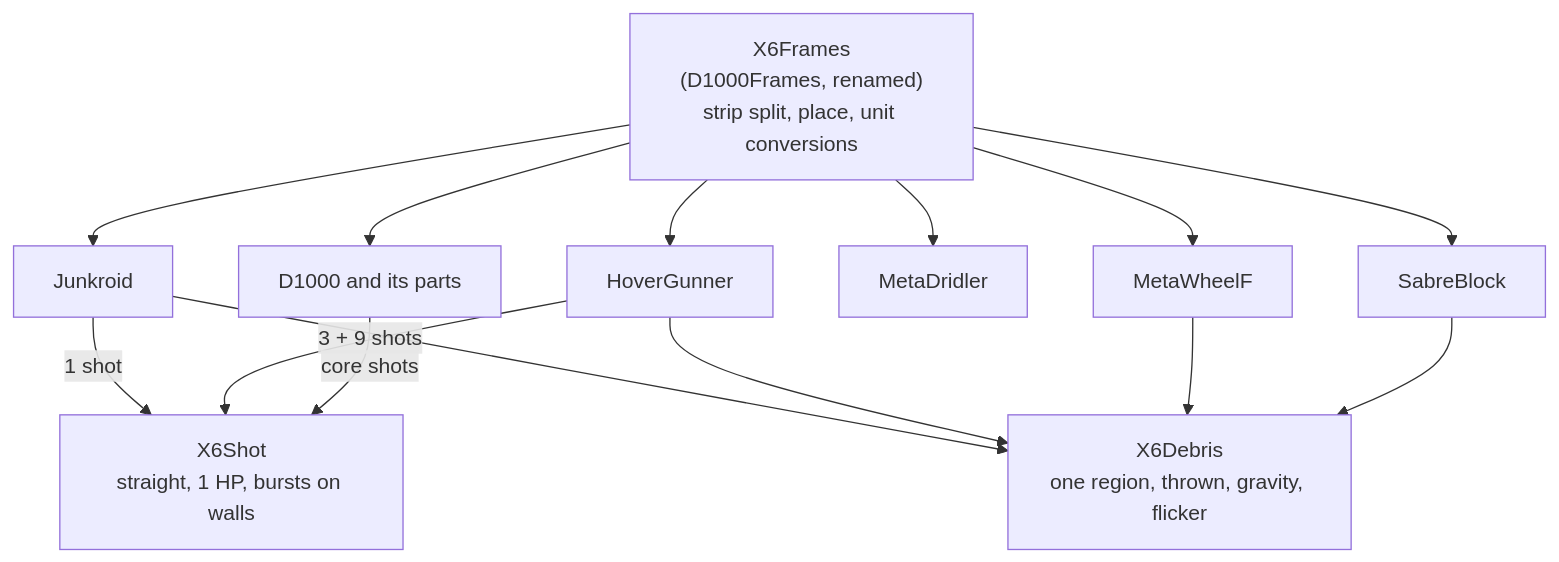
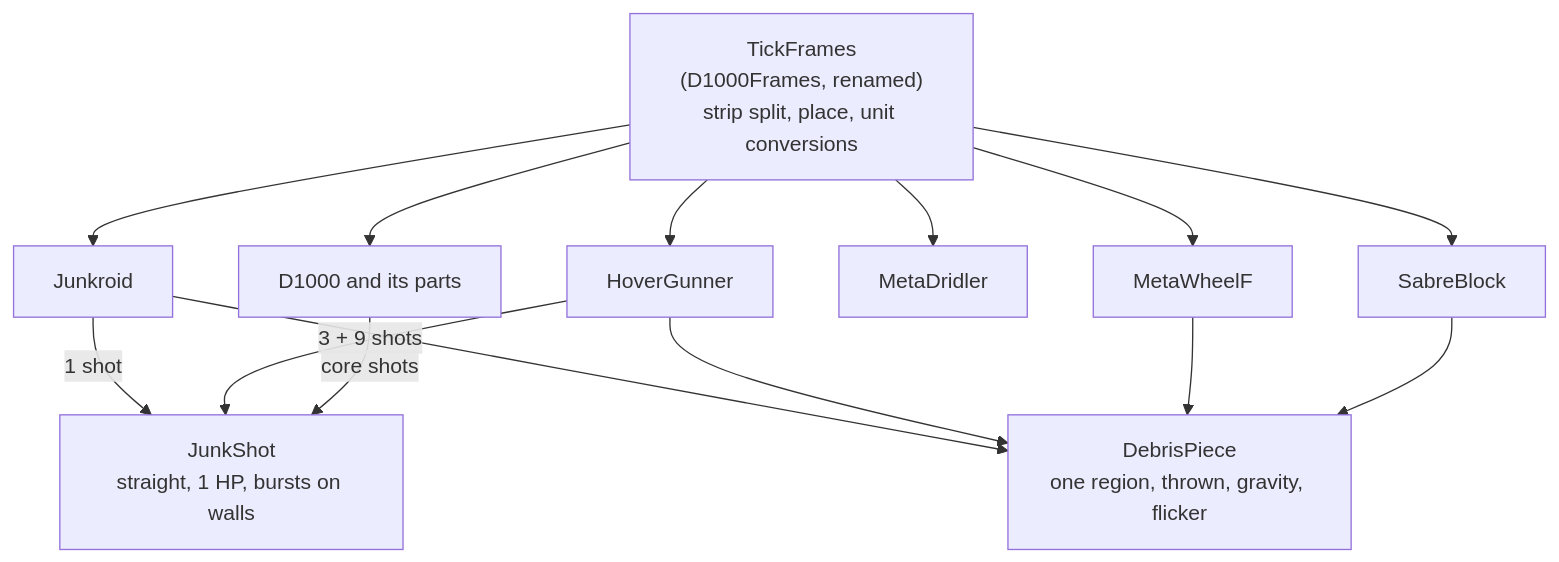
Before and after one commit to JohnLavender474/Megaman-Maverick: the first of 5 diagrams in docs/x6-intro/intro-objects-plan.md, drawn with Mermaid. The commit also changed other lines of this file and 131 other files, not shown here.

````diff
--- a/docs/x6-intro/intro-objects-plan.md
+++ b/docs/x6-intro/intro-objects-plan.md
@@ -100,17 +101,17 @@
 ```mermaid
 flowchart TD
-    Frames["X6Frames<br/>(D1000Frames, renamed)<br/>strip split, place, unit conversions"]
+    Frames["TickFrames<br/>(D1000Frames, renamed)<br/>strip split, place, unit conversions"]
     Frames --> J[Junkroid]
     Frames --> H[HoverGunner]
     Frames --> W[MetaWheelF]
     Frames --> D[MetaDridler]
     Frames --> S[SabreBlock]
     Frames --> B[D1000 and its parts]
-    J -- "1 shot" --> Shot["X6Shot<br/>straight, 1 HP, bursts on walls"]
+    J -- "1 shot" --> Shot["JunkShot<br/>straight, 1 HP, bursts on walls"]
     H -- "3 + 9 shots" --> Shot
     B -- "core shots" --> Shot
-    J --> Debris["X6Debris<br/>one region, thrown, gravity, flicker"]
+    J --> Debris["DebrisPiece<br/>one region, thrown, gravity, flicker"]
     H --> Debris
     W --> Debris
     S --> Debris
 ```
````
